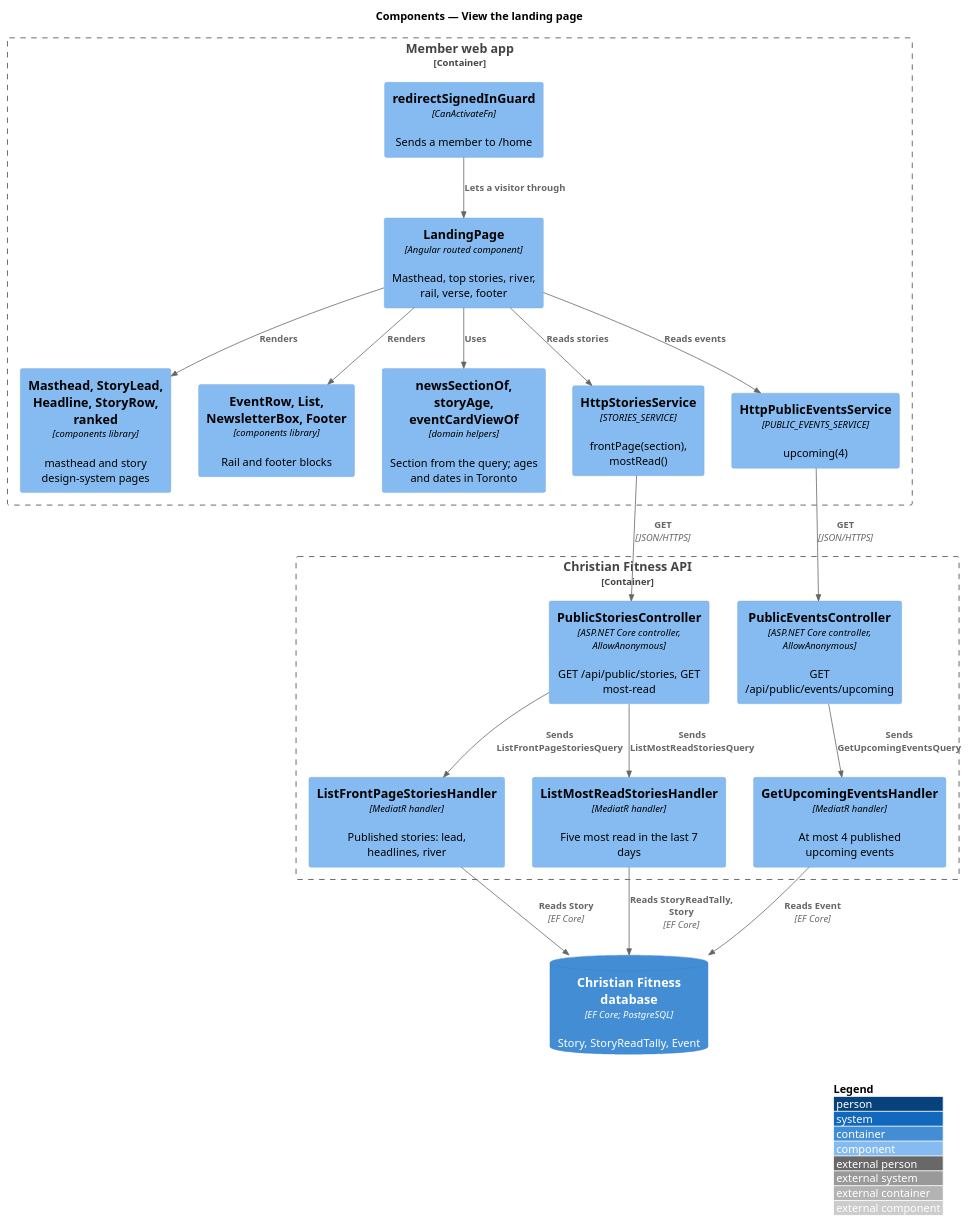
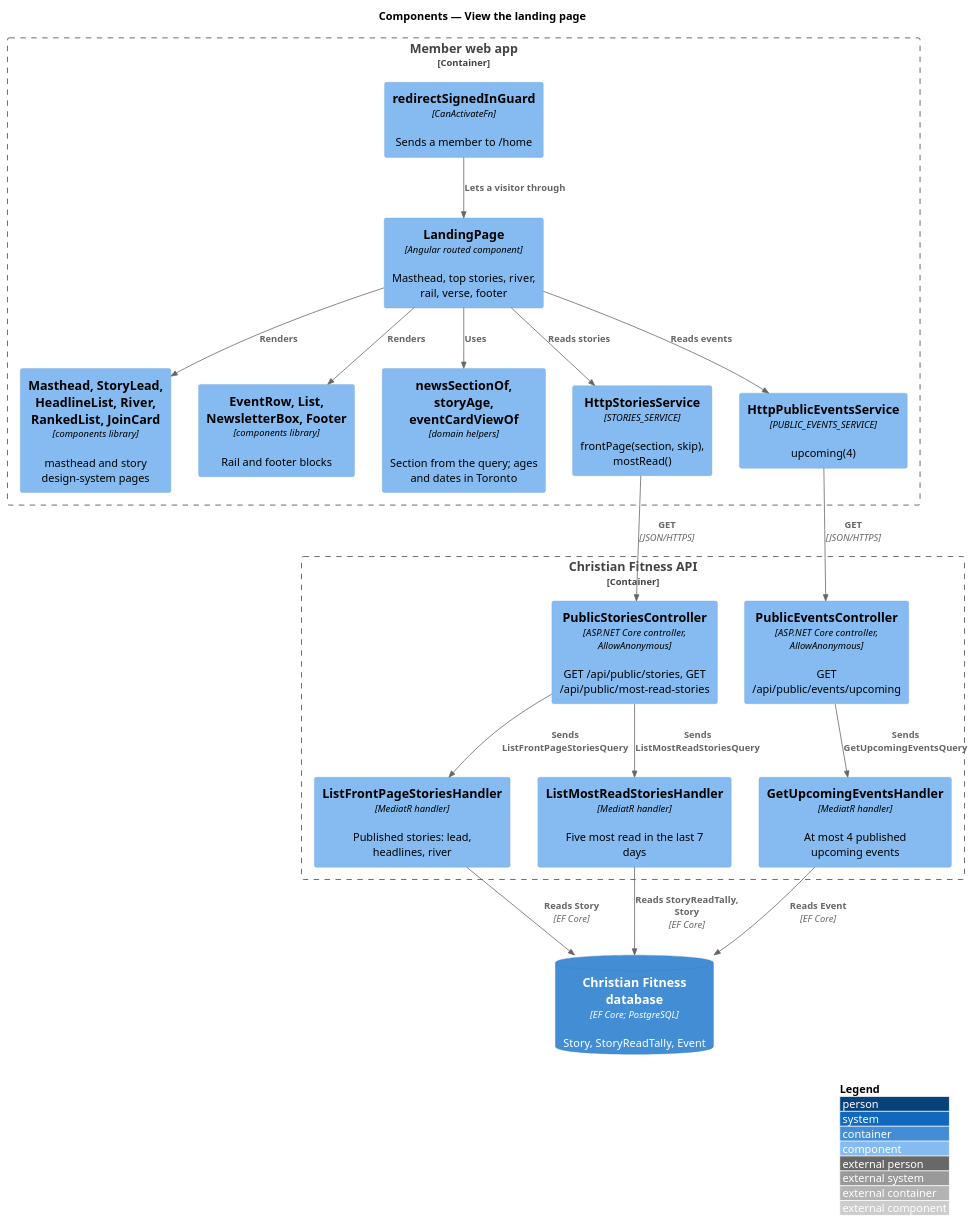
The diagram in docs/detailed-designs/member-access/view-landing-page/diagrams/c4-component.puml (QuinntyneBrown/christian-fitness), drawn with PlantUML before and after one commit. The commit also changed 14 other files, not shown here.

```diff
--- a/docs/detailed-designs/member-access/view-landing-page/diagrams/c4-component.puml
+++ b/docs/detailed-designs/member-access/view-landing-page/diagrams/c4-component.puml
@@ -1,38 +1,38 @@
 @startuml
 !include <C4/C4_Component>
 LAYOUT_WITH_LEGEND()
 title Components — View the landing page
 
 Container_Boundary(web, "Member web app") {
   Component(guard, "redirectSignedInGuard", "CanActivateFn", "Sends a member to /home")
   Component(page, "LandingPage", "Angular routed component", "Masthead, top stories, river, rail, verse, footer")
-  Component(ui, "Masthead, StoryLead, Headline, StoryRow, ranked", "components library", "masthead and story design-system pages")
+  Component(ui, "Masthead, StoryLead, HeadlineList, River, RankedList, JoinCard", "components library", "masthead and story design-system pages")
   Component(rail, "EventRow, List, NewsletterBox, Footer", "components library", "Rail and footer blocks")
   Component(dom, "newsSectionOf, storyAge, eventCardViewOf", "domain helpers", "Section from the query; ages and dates in Toronto")
-  Component(stories, "HttpStoriesService", "STORIES_SERVICE", "frontPage(section), mostRead()")
+  Component(stories, "HttpStoriesService", "STORIES_SERVICE", "frontPage(section, skip), mostRead()")
   Component(events, "HttpPublicEventsService", "PUBLIC_EVENTS_SERVICE", "upcoming(4)")
 }
 Container_Boundary(api, "Christian Fitness API") {
-  Component(sctrl, "PublicStoriesController", "ASP.NET Core controller, AllowAnonymous", "GET /api/public/stories, GET most-read")
+  Component(sctrl, "PublicStoriesController", "ASP.NET Core controller, AllowAnonymous", "GET /api/public/stories, GET /api/public/most-read-stories")
   Component(front, "ListFrontPageStoriesHandler", "MediatR handler", "Published stories: lead, headlines, river")
   Component(most, "ListMostReadStoriesHandler", "MediatR handler", "Five most read in the last 7 days")
   Component(ectrl, "PublicEventsController", "ASP.NET Core controller, AllowAnonymous", "GET /api/public/events/upcoming")
   Component(up, "GetUpcomingEventsHandler", "MediatR handler", "At most 4 published upcoming events")
 }
 ContainerDb(db, "Christian Fitness database", "EF Core; PostgreSQL", "Story, StoryReadTally, Event")
 
 Rel(guard, page, "Lets a visitor through")
 Rel(page, ui, "Renders")
 Rel(page, rail, "Renders")
 Rel(page, dom, "Uses")
 Rel(page, stories, "Reads stories")
 Rel(page, events, "Reads events")
 Rel(stories, sctrl, "GET", "JSON/HTTPS")
 Rel(events, ectrl, "GET", "JSON/HTTPS")
 Rel(sctrl, front, "Sends ListFrontPageStoriesQuery")
 Rel(sctrl, most, "Sends ListMostReadStoriesQuery")
 Rel(ectrl, up, "Sends GetUpcomingEventsQuery")
 Rel(front, db, "Reads Story", "EF Core")
 Rel(most, db, "Reads StoryReadTally, Story", "EF Core")
 Rel(up, db, "Reads Event", "EF Core")
 @enduml
```
